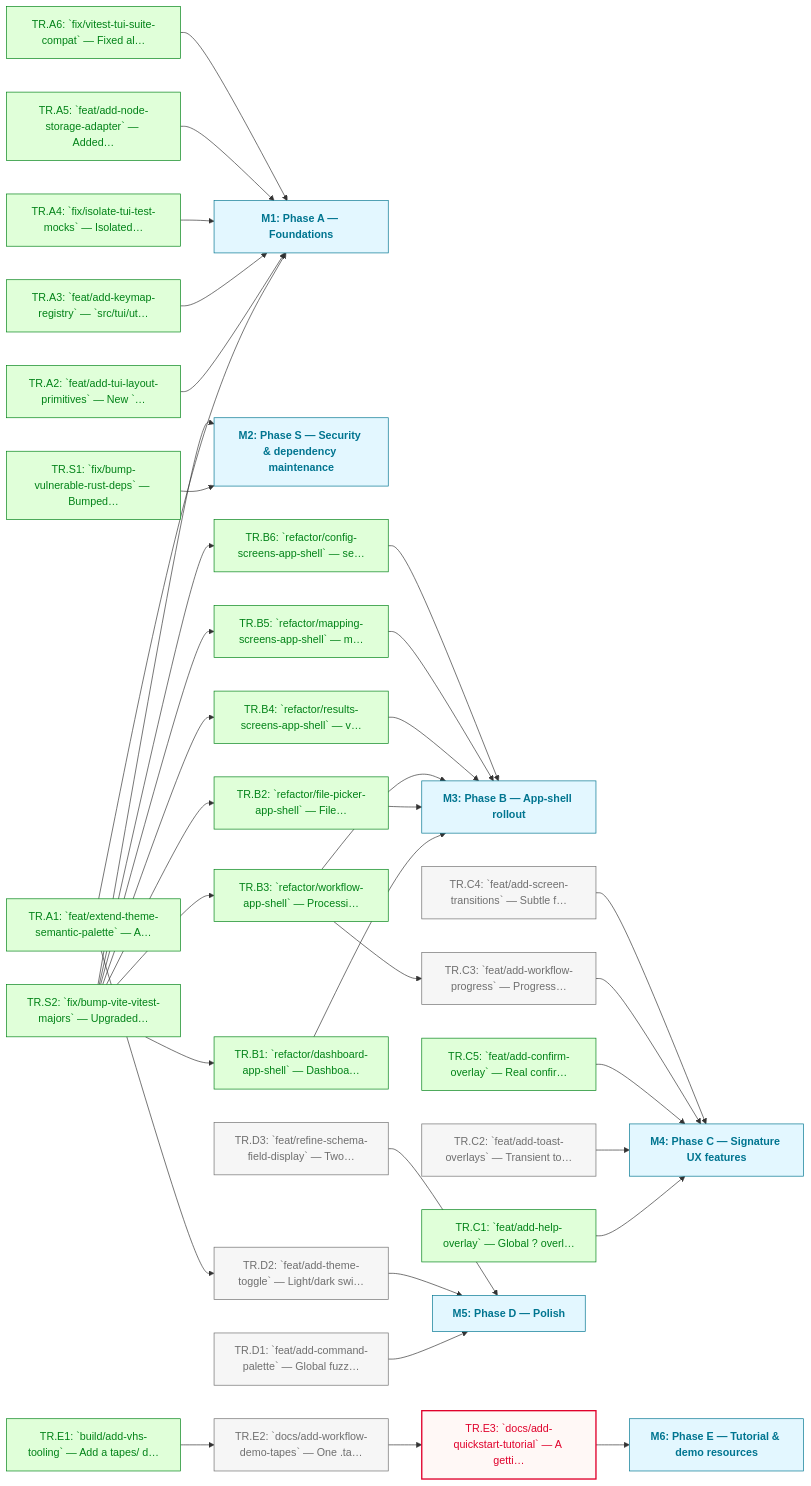
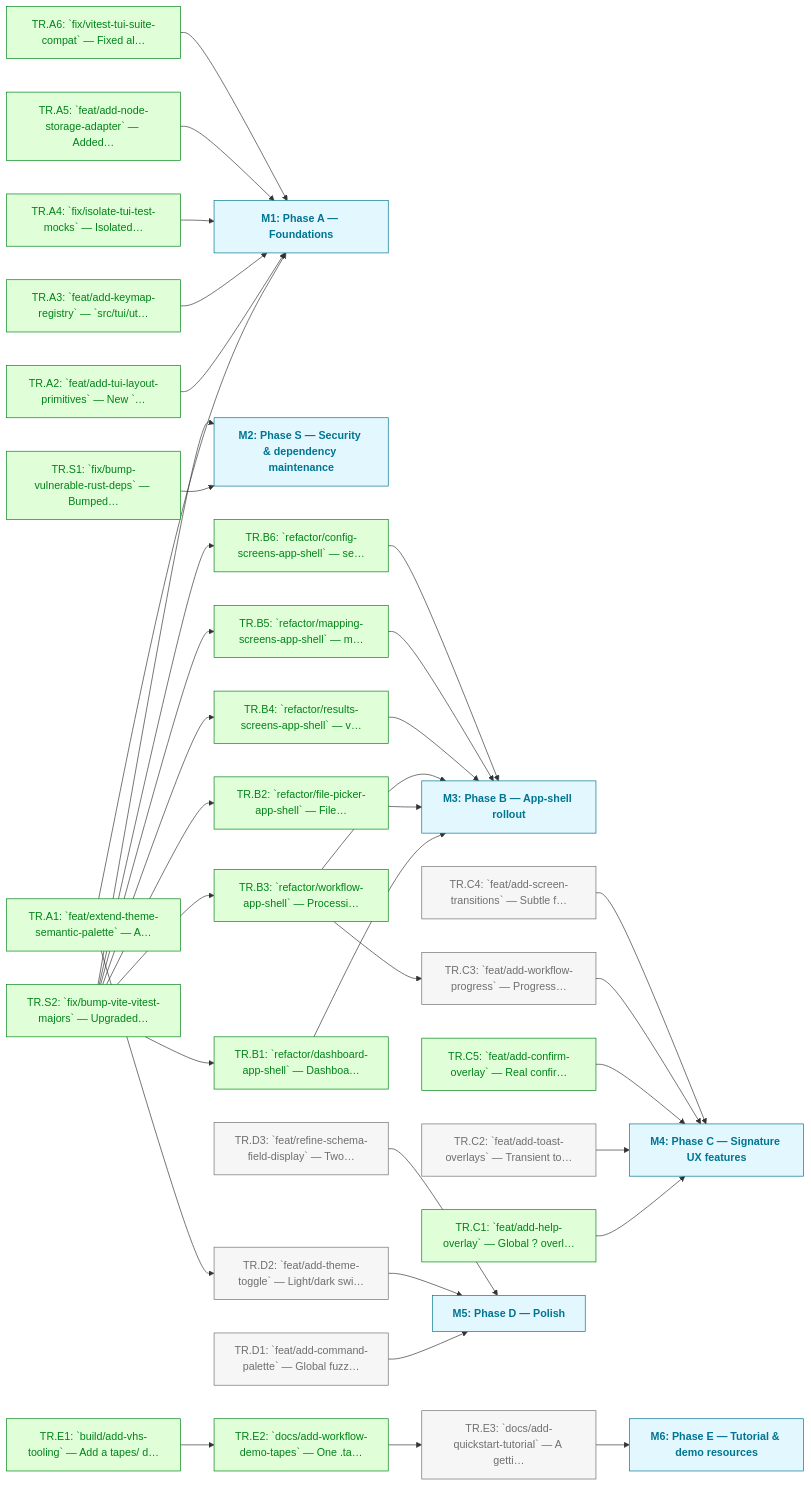
One commit to foundersandcoders/iris changed the diagram in docs/roadmaps/v5a-2606/enhanced.md. Above: the diagram before and after it, drawn with Mermaid. The commit also changed other lines of this file and 1 other file, not shown here.

Commit message:
docs(roadmap): mark TR.E2 done, unblock TR.E3
TR.E2's four workflow tapes, demo-env.ts, generated GIFs, README
embeds, and docs/tutorials/workflows.md are all present and verified
on this branch. Recompute cascades TR.E3 from blocked to todo.

Claude-Session: https://claude.ai/code/session_01M6DNNgA4MpFhodYCZNuVxo

````diff
--- a/docs/roadmaps/v5a-2606/enhanced.md
+++ b/docs/roadmaps/v5a-2606/enhanced.md
@@ -97,78 +98,77 @@
 ```mermaid
 graph LR
 	classDef todo fill:#f6f6f6,stroke:#6f6f6f,color:#6f6f6f
 	classDef blocked fill:#fff8f6,stroke:#e0002b,color:#e0002b,stroke-width:2px
 	classDef paused fill:#fdf4ff,stroke:#b01fe3,color:#b01fe3,stroke-dasharray:4 3
 	classDef deferred fill:#fff8f3,stroke:#ac5c00,color:#ac5c00,stroke-dasharray:2 4,font-style:italic
 	classDef done fill:#e0ffd9,stroke:#008217,color:#008217
 	classDef outOfScope fill:#f6f6f6,stroke:#e2e2e2,color:#e2e2e2,stroke-dasharray:2 2
 	classDef mile fill:#e3f7ff,stroke:#007590,color:#007590,font-weight:bold
 	classDef external fill:#fff9e5,stroke:#7d6f00,color:#7d6f00,stroke-dasharray:4 3,font-style:italic
 	TR.A1["TR.A1: `feat/extend-theme-semantic-palette` — A…"]
 	TR.A2["TR.A2: `feat/add-tui-layout-primitives` — New `…"]
 	TR.A3["TR.A3: `feat/add-keymap-registry` — `src/tui/ut…"]
 	TR.A4["TR.A4: `fix/isolate-tui-test-mocks` — Isolated…"]
 	TR.A5["TR.A5: `feat/add-node-storage-adapter` — Added…"]
 	TR.A6["TR.A6: `fix/vitest-tui-suite-compat` — Fixed al…"]
 	M1["M1: Phase A — Foundations"]:::mile
 	TR.S1["TR.S1: `fix/bump-vulnerable-rust-deps` — Bumped…"]
 	TR.S2["TR.S2: `fix/bump-vite-vitest-majors` — Upgraded…"]
 	M2["M2: Phase S — Security & dependency maintenance"]:::mile
 	TR.B1["TR.B1: `refactor/dashboard-app-shell` — Dashboa…"]
 	TR.B2["TR.B2: `refactor/file-picker-app-shell` — File…"]
 	TR.B3["TR.B3: `refactor/workflow-app-shell` — Processi…"]
 	TR.B4["TR.B4: `refactor/results-screens-app-shell` — v…"]
 	TR.B5["TR.B5: `refactor/mapping-screens-app-shell` — m…"]
 	TR.B6["TR.B6: `refactor/config-screens-app-shell` — se…"]
 	M3["M3: Phase B — App-shell rollout"]:::mile
 	TR.C1["TR.C1: `feat/add-help-overlay` — Global ? overl…"]
 	TR.C2["TR.C2: `feat/add-toast-overlays` — Transient to…"]
 	TR.C5["TR.C5: `feat/add-confirm-overlay` — Real confir…"]
 	TR.C3["TR.C3: `feat/add-workflow-progress` — Progress…"]
 	TR.C4["TR.C4: `feat/add-screen-transitions` — Subtle f…"]
 	M4["M4: Phase C — Signature UX features"]:::mile
 	TR.D1["TR.D1: `feat/add-command-palette` — Global fuzz…"]
 	TR.D2["TR.D2: `feat/add-theme-toggle` — Light/dark swi…"]
 	TR.D3["TR.D3: `feat/refine-schema-field-display` — Two…"]
 	M5["M5: Phase D — Polish"]:::mile
 	TR.E1["TR.E1: `build/add-vhs-tooling` — Add a tapes/ d…"]
 	TR.E2["TR.E2: `docs/add-workflow-demo-tapes` — One .ta…"]
 	TR.E3["TR.E3: `docs/add-quickstart-tutorial` — A getti…"]
 	M6["M6: Phase E — Tutorial & demo resources"]:::mile
 	TR.A1 --> M1
 	TR.A1 --> TR.D2
 	TR.A2 --> M1
 	TR.A3 --> M1
 	TR.A4 --> M1
 	TR.A5 --> M1
 	TR.A6 --> M1
 	TR.S1 --> M2
 	TR.S2 --> M2
 	TR.S2 --> TR.B1
 	TR.S2 --> TR.B2
 	TR.S2 --> TR.B3
 	TR.S2 --> TR.B4
 	TR.S2 --> TR.B5
 	TR.S2 --> TR.B6
 	TR.B1 --> M3
 	TR.B2 --> M3
 	TR.B3 --> M3
 	TR.B3 --> TR.C3
 	TR.B4 --> M3
 	TR.B5 --> M3
 	TR.B6 --> M3
 	TR.C1 --> M4
 	TR.C2 --> M4
 	TR.C5 --> M4
 	TR.C3 --> M4
 	TR.C4 --> M4
 	TR.D1 --> M5
 	TR.D2 --> M5
 	TR.D3 --> M5
 	TR.E1 --> TR.E2
 	TR.E2 --> TR.E3
 	TR.E3 --> M6
-	class TR.C2,TR.C3,TR.C4,TR.D1,TR.D2,TR.D3,TR.E2 todo
-	class TR.E3 blocked
-	class TR.A1,TR.A2,TR.A3,TR.A4,TR.A5,TR.A6,TR.B1,TR.B2,TR.B3,TR.B4,TR.B5,TR.B6,TR.C1,TR.C5,TR.E1,TR.S1,TR.S2 done
+	class TR.C2,TR.C3,TR.C4,TR.D1,TR.D2,TR.D3,TR.E3 todo
+	class TR.A1,TR.A2,TR.A3,TR.A4,TR.A5,TR.A6,TR.B1,TR.B2,TR.B3,TR.B4,TR.B5,TR.B6,TR.C1,TR.C5,TR.E1,TR.E2,TR.S1,TR.S2 done
 ```
````
